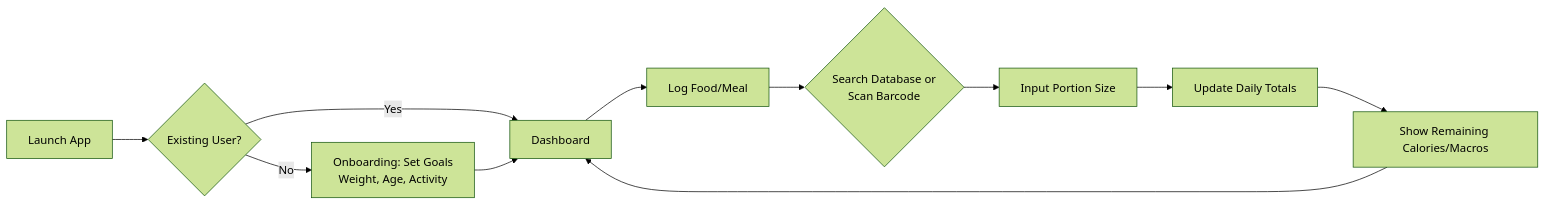
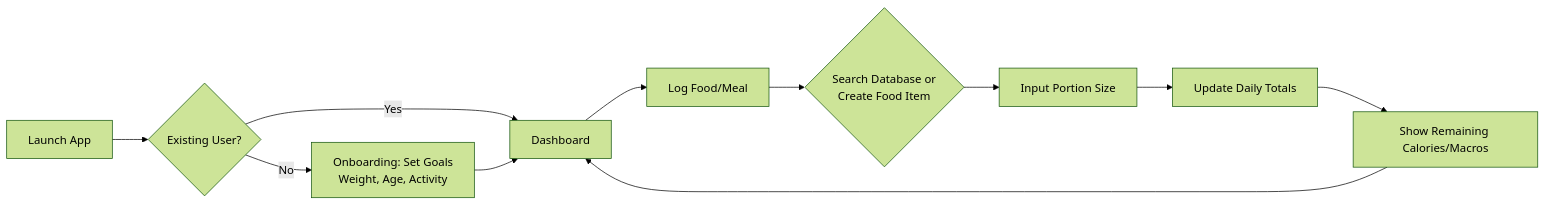
Before and after one commit to sabkam08/calorie-tracker-app: the first of 3 diagrams in docs/ARCHITECTURE.md, drawn with Mermaid (forest theme). The commit also changed other lines of this file and 10 other files, not shown here.

````diff
--- a/docs/ARCHITECTURE.md
+++ b/docs/ARCHITECTURE.md
@@ -29,13 +29,13 @@
 ```mermaid
 graph LR
     A[Launch App] --> B{Existing User?}
     B -- No --> C[Onboarding: Set Goals<br/>Weight, Age, Activity]
     B -- Yes --> D[Dashboard]
     C --> D
     D --> E[Log Food/Meal]
-    E --> F{Search Database or<br/>Scan Barcode}
+    E --> F{Search Database or<br/>Create Food Item}
     F --> G[Input Portion Size]
     G --> H[Update Daily Totals]
     H --> I[Show Remaining Calories/Macros]
     I --> D
 ```
````
